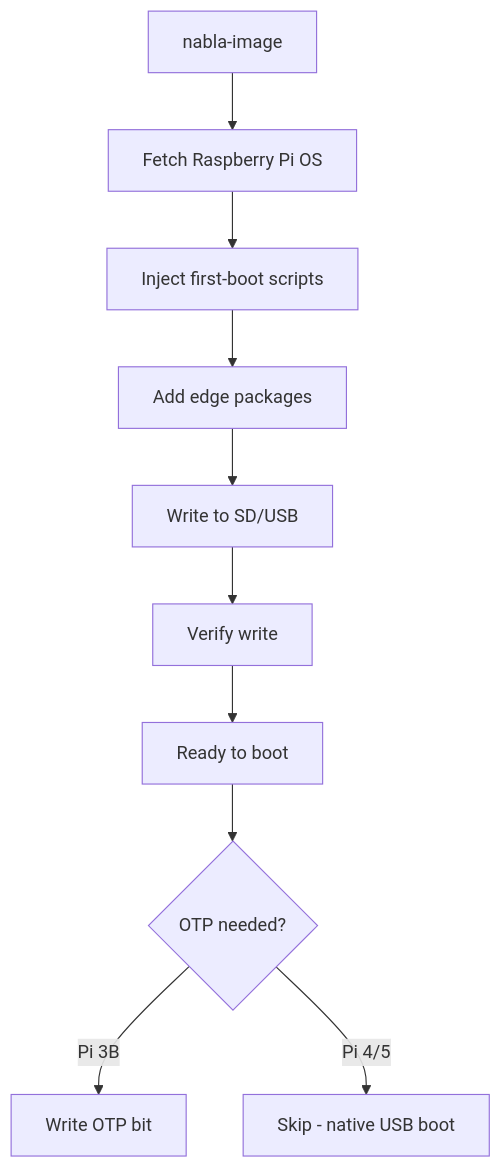
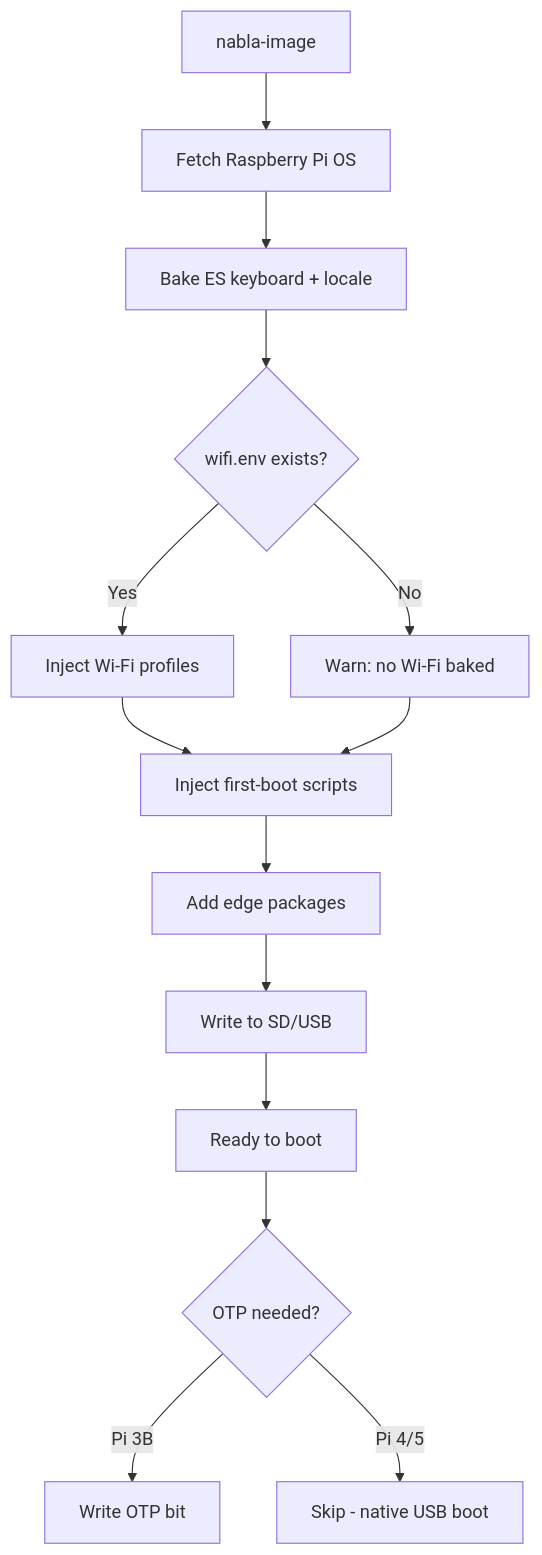
The second of 3 diagrams in nablaedge/docs/imaging/README.md (txemavs/nabla-edge), drawn with Mermaid before and after one commit. The commit also changed other lines of this file and 7 other files, not shown here.

First line of the commit message:
feat(imaging): fleet first-boot defaults with ES keyboard and Wi-Fi injection

````diff
--- a/nablaedge/docs/imaging/README.md
+++ b/nablaedge/docs/imaging/README.md
@@ -34,14 +105,18 @@
 ```mermaid
 flowchart TD
     Start[nabla-image] --> Fetch[Fetch Raspberry Pi OS]
-    Fetch --> Inject[Inject first-boot scripts]
+    Fetch --> Keyboard[Bake ES keyboard + locale]
+    Keyboard --> WifiEnv{wifi.env exists?}
+    WifiEnv -->|Yes| InjectWifi[Inject Wi-Fi profiles]
+    WifiEnv -->|No| WarnWifi[Warn: no Wi-Fi baked]
+    InjectWifi --> Inject[Inject first-boot scripts]
+    WarnWifi --> Inject
     Inject --> Packages[Add edge packages]
     Packages --> Write[Write to SD/USB]
-    Write --> Verify[Verify write]
-    Verify --> Done[Ready to boot]
+    Write --> Done[Ready to boot]
     
     OTP{OTP needed?}
     Done --> OTP
     OTP -->|Pi 3B| EnableOTP[Write OTP bit]
     OTP -->|Pi 4/5| Skip[Skip - native USB boot]
 ```
````
